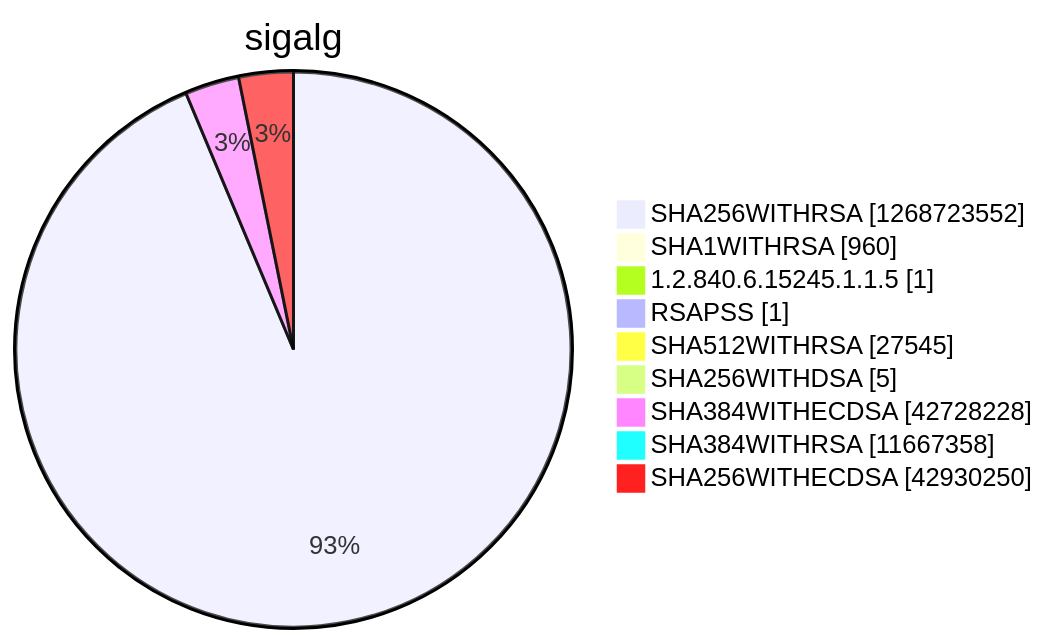
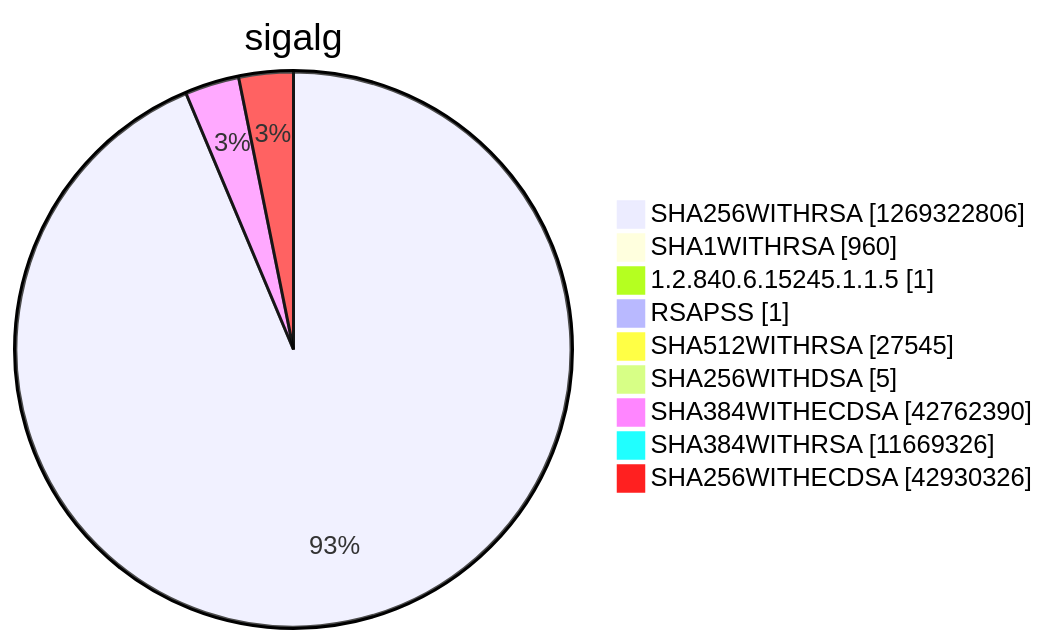
Diagram 15 of 15 in argon2022/README.md (christiankrug/ctmonitor_visualization), drawn with Mermaid before and after one commit. The commit also changed other lines of this file, not shown here.

````diff
--- a/argon2022/README.md
+++ b/argon2022/README.md
@@ -5522,13 +5522,13 @@
 ```mermaid
 pie showData
 title sigalg
-"SHA256WITHRSA" :1268723552
+"SHA256WITHRSA" :1269322806
 "SHA1WITHRSA" :960
 "1.2.840.6.15245.1.1.5" :1
 "RSAPSS" :1
 "SHA512WITHRSA" :27545
 "SHA256WITHDSA" :5
-"SHA384WITHECDSA" :42728228
-"SHA384WITHRSA" :11667358
-"SHA256WITHECDSA" :42930250
+"SHA384WITHECDSA" :42762390
+"SHA384WITHRSA" :11669326
+"SHA256WITHECDSA" :42930326
 ```
````
